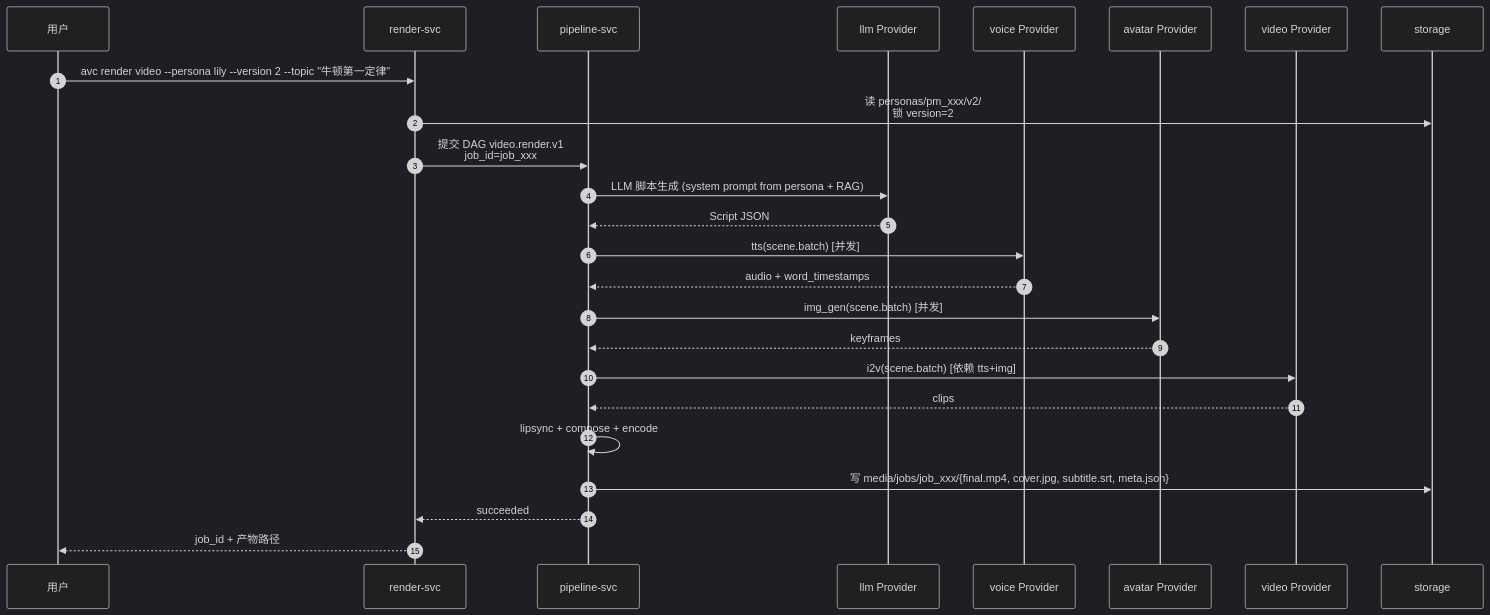
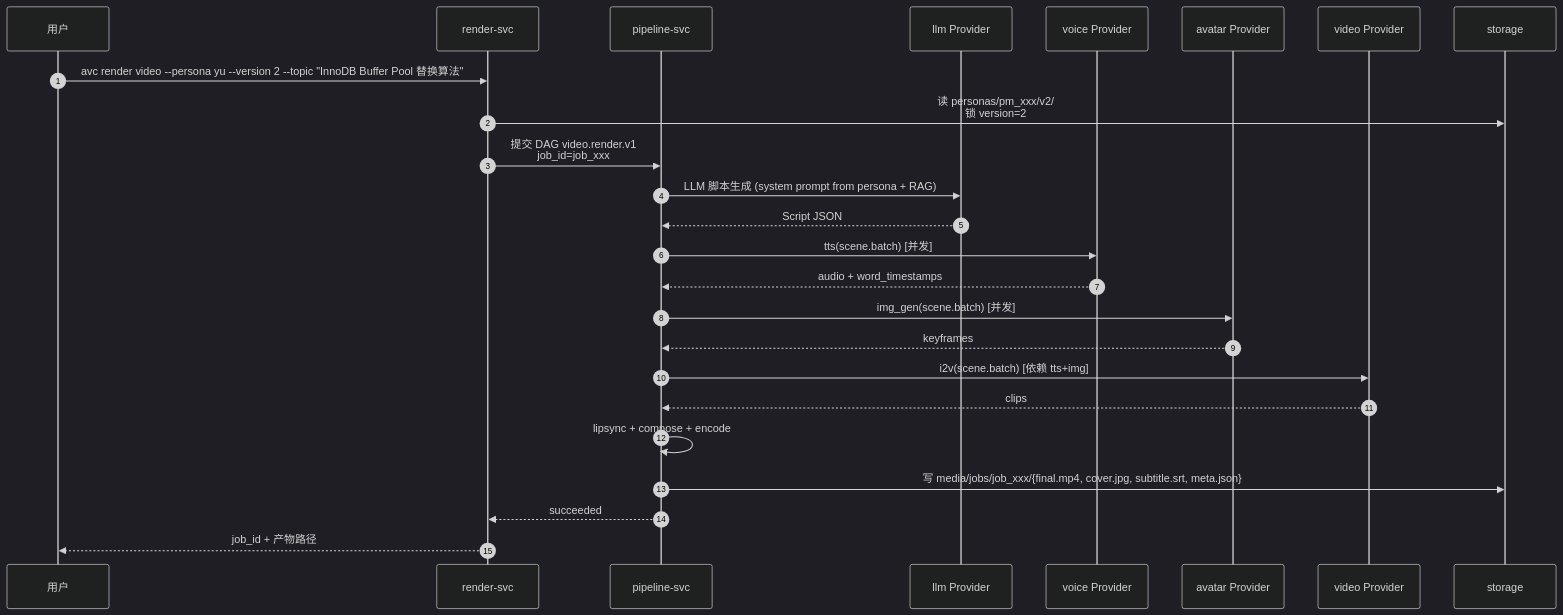
Before and after one commit to growdu/avcore: diagram 11 of 20 in docs/architecture.md, drawn with Mermaid (dark theme). The commit also changed other lines of this file and 9 other files, not shown here.

````diff
--- a/docs/architecture.md
+++ b/docs/architecture.md
@@ -356,28 +356,28 @@
 ```mermaid
 sequenceDiagram
     autonumber
     participant U as 用户
     participant RS as render-svc
     participant PL as pipeline-svc
     participant LP as llm Provider
     participant VP as voice Provider
     participant AP as avatar Provider
     participant IV as video Provider
     participant ST as storage
 
-    U->>RS: avc render video --persona lily --version 2 --topic "牛顿第一定律"
+    U->>RS: avc render video --persona yu --version 2 --topic "InnoDB Buffer Pool 替换算法"
     RS->>ST: 读 personas/pm_xxx/v2/<br/>锁 version=2
     RS->>PL: 提交 DAG video.render.v1<br/>job_id=job_xxx
     PL->>LP: LLM 脚本生成 (system prompt from persona + RAG)
     LP-->>PL: Script JSON
     PL->>VP: tts(scene.batch) [并发]
     VP-->>PL: audio + word_timestamps
     PL->>AP: img_gen(scene.batch) [并发]
     AP-->>PL: keyframes
     PL->>IV: i2v(scene.batch) [依赖 tts+img]
     IV-->>PL: clips
     PL->>PL: lipsync + compose + encode
     PL->>ST: 写 media/jobs/job_xxx/{final.mp4, cover.jpg, subtitle.srt, meta.json}
     PL-->>RS: succeeded
     RS-->>U: job_id + 产物路径
 ```
````
